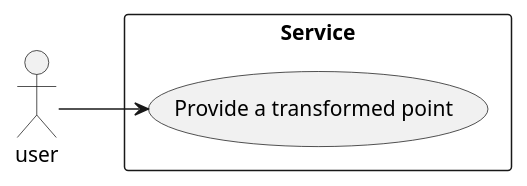
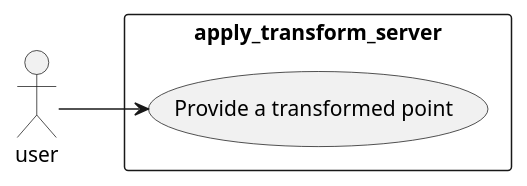
One commit to gabrielcalmon/apply_transform changed the diagram in resources/diagrams_uml/use_case.plantuml. Above: the diagram before and after it, drawn with PlantUML. The commit also changed 2 other files, not shown here.

Commit message:
update use case diagram

```diff
--- a/resources/diagrams_uml/use_case.plantuml
+++ b/resources/diagrams_uml/use_case.plantuml
@@ -1,8 +1,8 @@
 @startuml
 left to right direction
 actor user
-rectangle Service {
+rectangle apply_transform_server {
   usecase "Provide a transformed point" as UC1
 }
 user --> UC1
 @enduml
```
